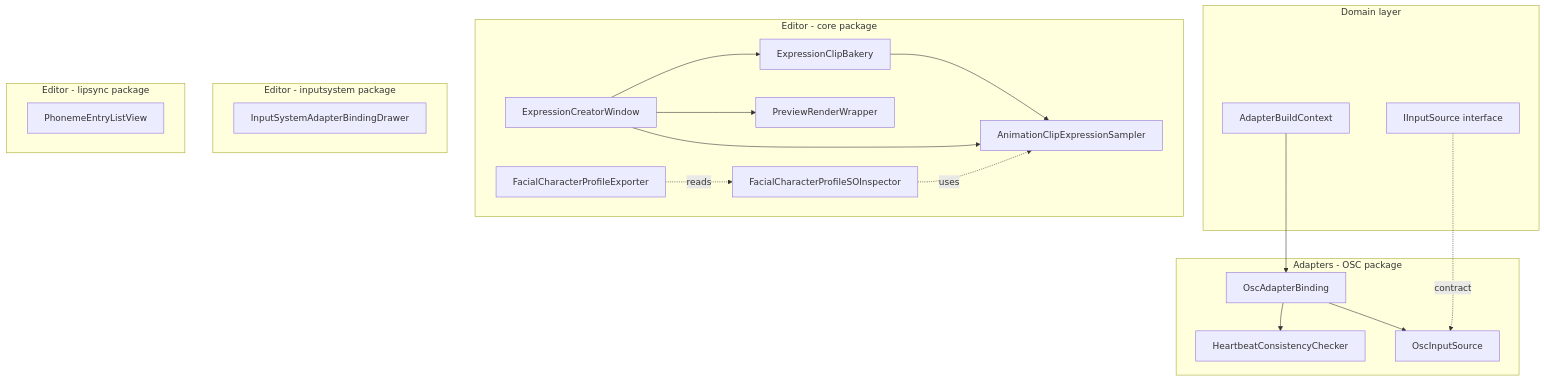
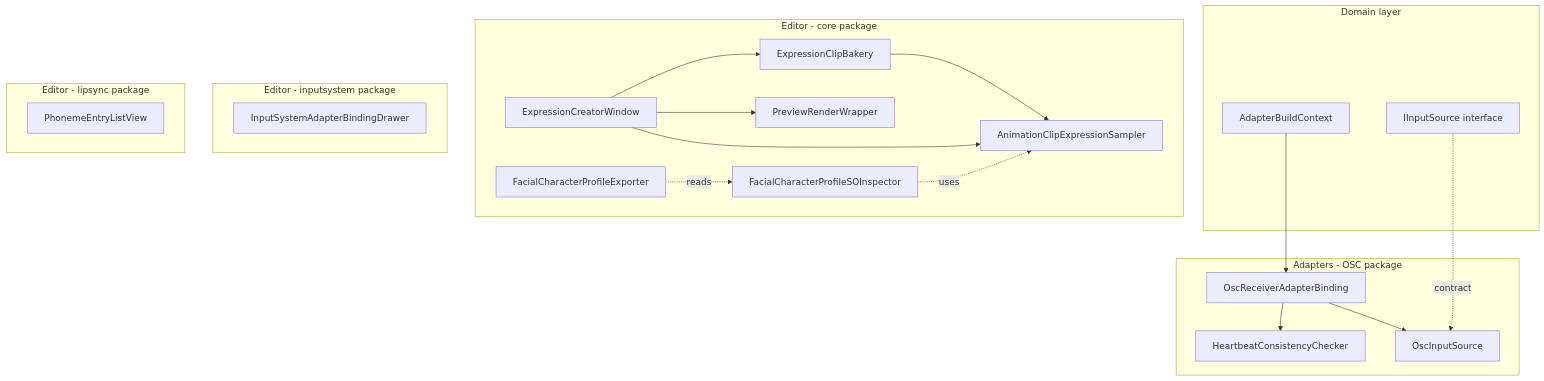
The first of 3 diagrams in .kiro/specs/preview1-polish-pack/design.md (UNVGI/UnvgiFacialControl), drawn with Mermaid before and after one commit. The commit also changed other lines of this file and 71 other files, not shown here.

````diff
--- a/.kiro/specs/preview1-polish-pack/design.md
+++ b/.kiro/specs/preview1-polish-pack/design.md
@@ -90,41 +90,41 @@
 ```mermaid
 graph TB
     subgraph DomainLayer[Domain layer]
         IInputSource[IInputSource interface]
         AdapterBuildContext[AdapterBuildContext]
     end
 
     subgraph OscAdapter[Adapters - OSC package]
-        OscBinding[OscAdapterBinding]
+        OscBinding[OscReceiverAdapterBinding]
         HeartbeatChecker[HeartbeatConsistencyChecker]
         OscSource[OscInputSource]
     end
 
     subgraph CoreEditor[Editor - core package]
         Bakery[ExpressionClipBakery]
         Sampler[AnimationClipExpressionSampler]
         CreatorWindow[ExpressionCreatorWindow]
         PreviewWrapper[PreviewRenderWrapper]
         ProfileInspector[FacialCharacterProfileSOInspector]
         Exporter[FacialCharacterProfileExporter]
     end
 
     subgraph InputEditor[Editor - inputsystem package]
         InputDrawer[InputSystemAdapterBindingDrawer]
     end
 
     subgraph LipSyncEditor[Editor - lipsync package]
         PhonemeView[PhonemeEntryListView]
     end
 
     AdapterBuildContext --> OscBinding
     OscBinding --> HeartbeatChecker
     OscBinding --> OscSource
     IInputSource -.contract.-> OscSource
     Bakery --> Sampler
     CreatorWindow --> Bakery
     CreatorWindow --> Sampler
     CreatorWindow --> PreviewWrapper
     ProfileInspector -.uses.-> Sampler
     Exporter -.reads.-> ProfileInspector
 ```
````
